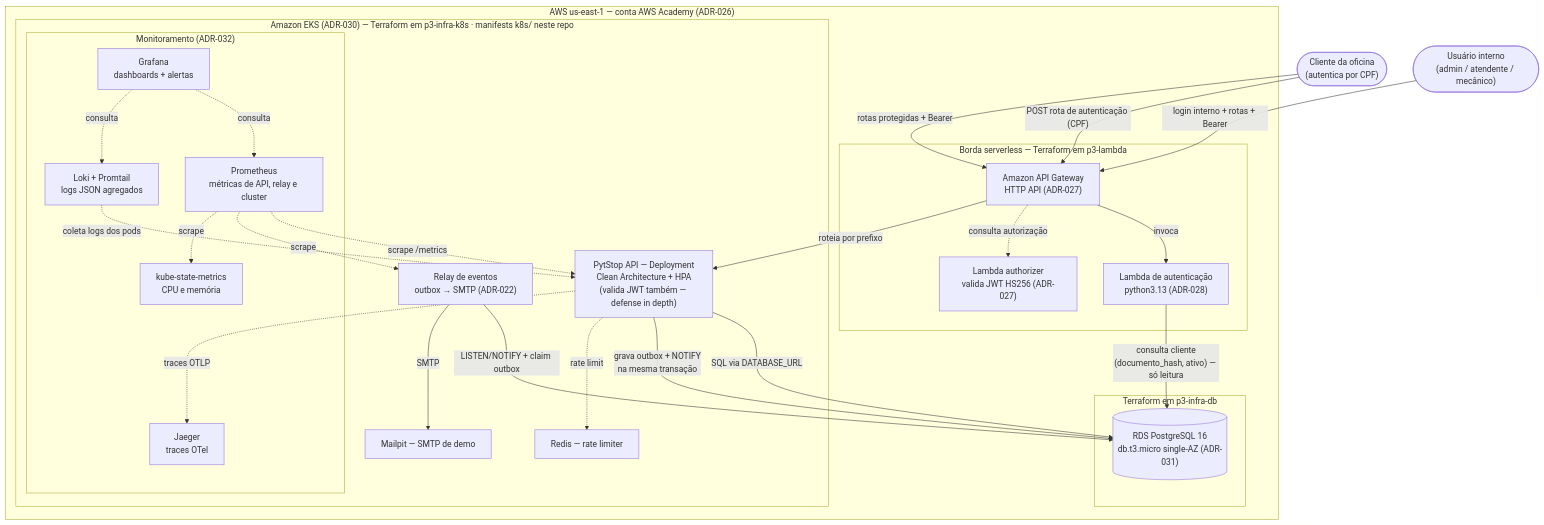
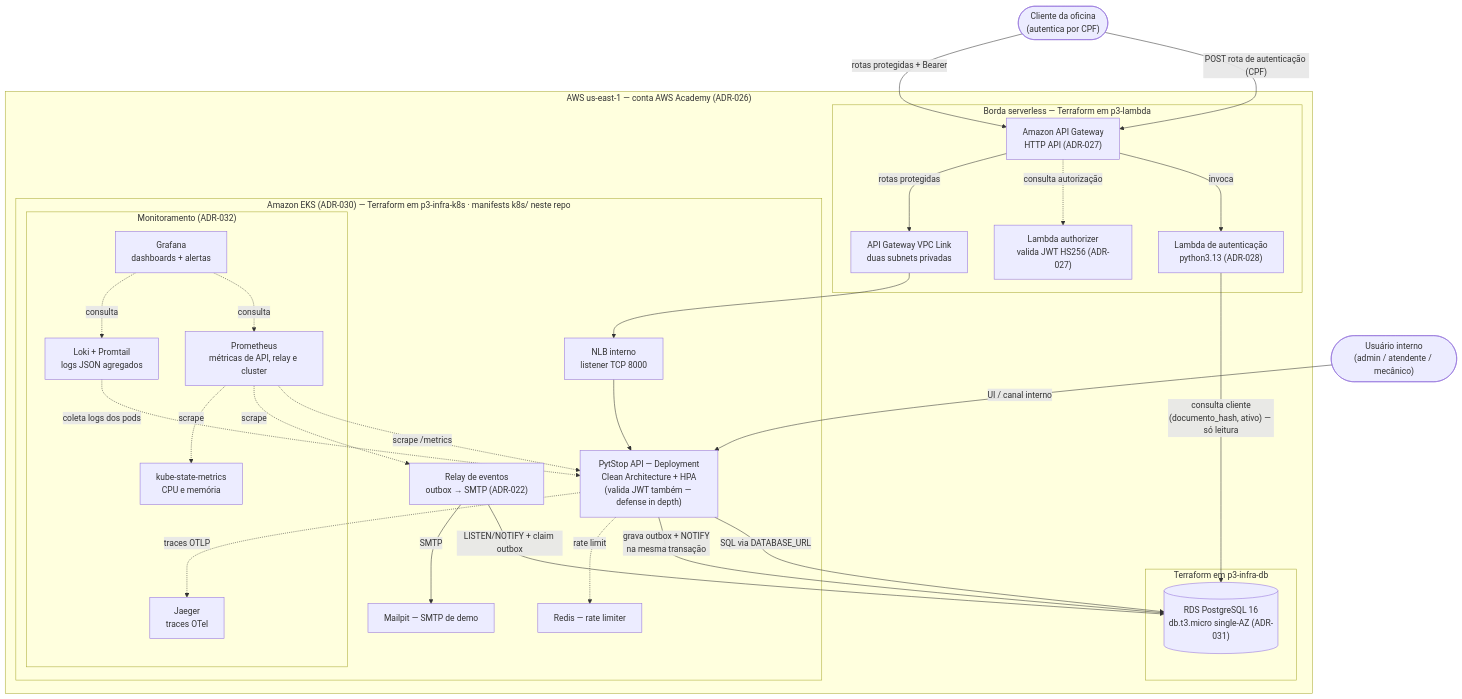
The diagram in README.md (fiap-postech-sw-architecture/postech-sw-arch-p3), drawn with Mermaid before and after one commit. The commit also changed other lines of this file and 19 other files, not shown here.

````diff
--- a/README.md
+++ b/README.md
@@ -47,49 +47,53 @@
 ```mermaid
 flowchart TB
     cliente(["Cliente da oficina<br/>(autentica por CPF)"])
     interno(["Usuário interno<br/>(admin / atendente / mecânico)"])
 
     subgraph aws["AWS us-east-1 — conta AWS Academy (ADR-026)"]
         subgraph borda["Borda serverless — Terraform em p3-lambda"]
             apigw["Amazon API Gateway<br/>HTTP API (ADR-027)"]
             lambda_auth["Lambda de autenticação<br/>python3.13 (ADR-028)"]
             authorizer["Lambda authorizer<br/>valida JWT HS256 (ADR-027)"]
+            vpclink["API Gateway VPC Link<br/>duas subnets privadas"]
         end
         subgraph eks["Amazon EKS (ADR-030) — Terraform em p3-infra-k8s · manifests k8s/ neste repo"]
+            nlb["NLB interno<br/>listener TCP 8000"]
             app["PytStop API — Deployment<br/>Clean Architecture + HPA<br/>(valida JWT também — defense in depth)"]
             relay["Relay de eventos<br/>outbox → SMTP (ADR-022)"]
             redis["Redis — rate limiter"]
             mailpit["Mailpit — SMTP de demo"]
             subgraph mon["Monitoramento (ADR-032)"]
                 prometheus["Prometheus<br/>métricas de API, relay e cluster"]
                 grafana["Grafana<br/>dashboards + alertas"]
                 loki["Loki + Promtail<br/>logs JSON agregados"]
                 ksm["kube-state-metrics<br/>CPU e memória"]
                 jaeger["Jaeger<br/>traces OTel"]
             end
         end
         subgraph db["Terraform em p3-infra-db"]
             rds[("RDS PostgreSQL 16<br/>db.t3.micro single-AZ (ADR-031)")]
         end
     end
 
     cliente -->|"POST rota de autenticação (CPF)"| apigw
     cliente -->|"rotas protegidas + Bearer"| apigw
-    interno -->|"login interno + rotas + Bearer"| apigw
+    interno -->|"UI / canal interno"| app
     apigw -->|"invoca"| lambda_auth
     apigw -.->|"consulta autorização"| authorizer
-    apigw -->|"roteia por prefixo"| app
+    apigw -->|"rotas protegidas"| vpclink
+    vpclink --> nlb
+    nlb --> app
     lambda_auth -->|"consulta cliente<br/>(documento_hash, ativo) — só leitura"| rds
     app -->|"SQL via DATABASE_URL"| rds
     app -->|"grava outbox + NOTIFY<br/>na mesma transação"| rds
     relay -->|"LISTEN/NOTIFY + claim outbox"| rds
     relay -->|"SMTP"| mailpit
     app -.->|"rate limit"| redis
     app -.->|"traces OTLP"| jaeger
     prometheus -.->|"scrape /metrics"| app
     prometheus -.->|"scrape"| relay
     prometheus -.->|"scrape"| ksm
     loki -.->|"coleta logs dos pods"| app
     grafana -.->|"consulta"| prometheus
     grafana -.->|"consulta"| loki
 ```
````
